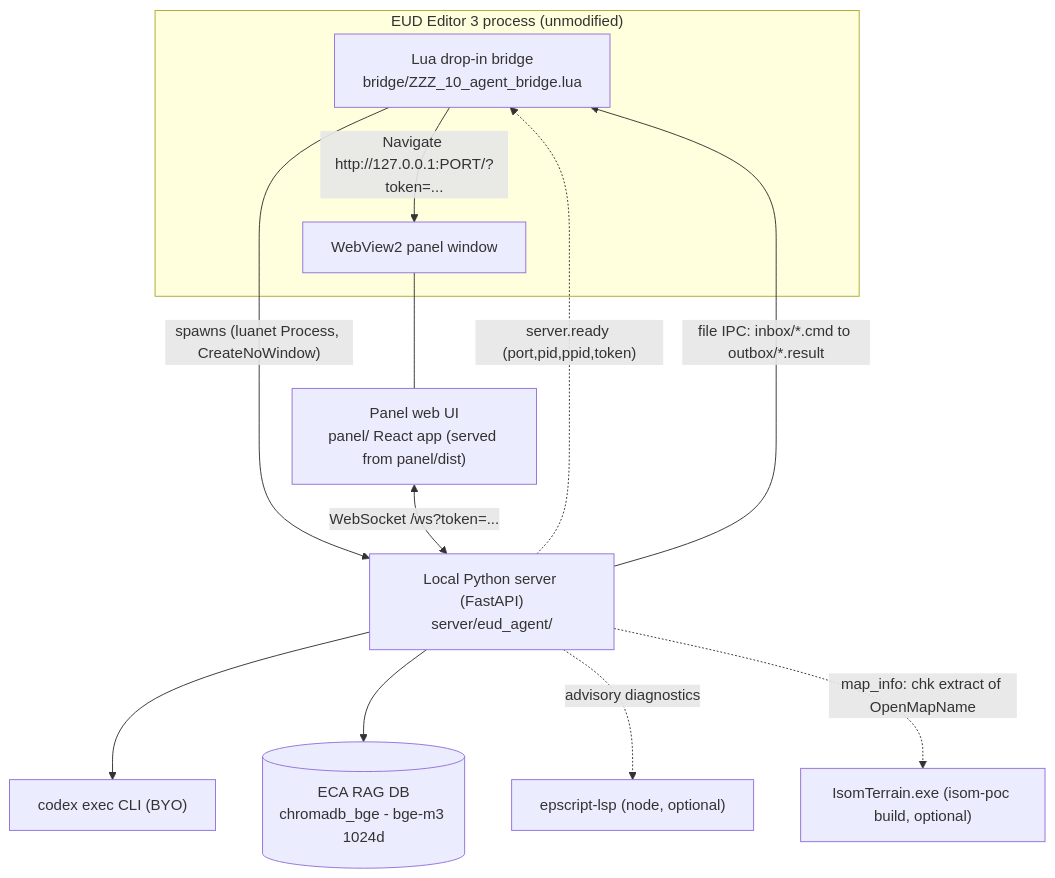
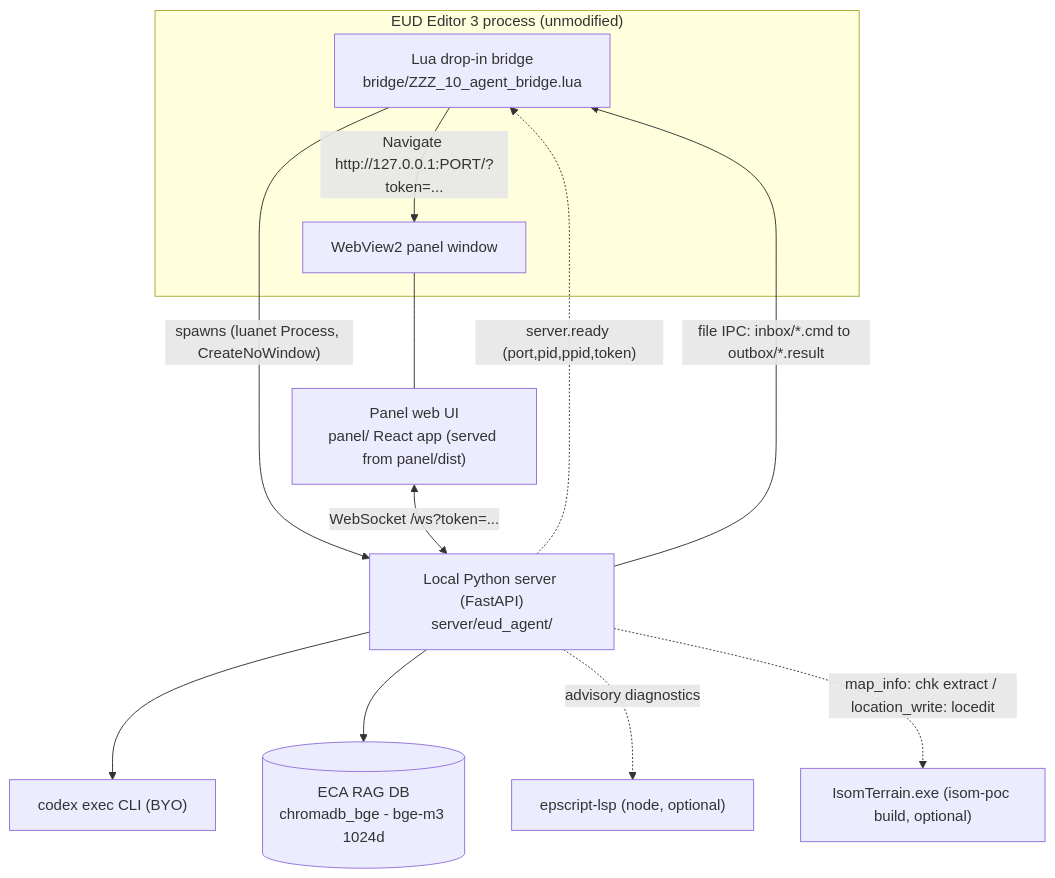
Before and after one commit to raravel/eud-agent: the first of 3 diagrams in hivemind/docs/architecture.md, drawn with Mermaid. The commit also changed other lines of this file and 10 other files, not shown here.

````diff
--- a/hivemind/docs/architecture.md
+++ b/hivemind/docs/architecture.md
@@ -7,24 +7,24 @@
 ```mermaid
 graph TD
     subgraph EditorProc["EUD Editor 3 process (unmodified)"]
         Bridge["Lua drop-in bridge<br/>bridge/ZZZ_10_agent_bridge.lua"]
         WV["WebView2 panel window"]
     end
     Panel["Panel web UI<br/>panel/ React app (served from panel/dist)"]
     Server["Local Python server (FastAPI)<br/>server/eud_agent/"]
     Codex["codex exec CLI (BYO)"]
     RAG[("ECA RAG DB<br/>chromadb_bge - bge-m3 1024d")]
     LSP["epscript-lsp (node, optional)"]
     Isom["IsomTerrain.exe (isom-poc build, optional)"]
 
     Bridge -- "spawns (luanet Process, CreateNoWindow)" --> Server
     Server -. "server.ready (port,pid,ppid,token)" .-> Bridge
     Bridge -- "Navigate http://127.0.0.1:PORT/?token=..." --> WV
     WV --- Panel
     Panel <-- "WebSocket /ws?token=..." --> Server
     Server -- "file IPC: inbox/*.cmd to outbox/*.result" --> Bridge
     Server --> Codex
     Server --> RAG
     Server -. "advisory diagnostics" .-> LSP
-    Server -. "map_info: chk extract of OpenMapName" .-> Isom
+    Server -. "map_info: chk extract / location_write: locedit" .-> Isom
 ```
````
